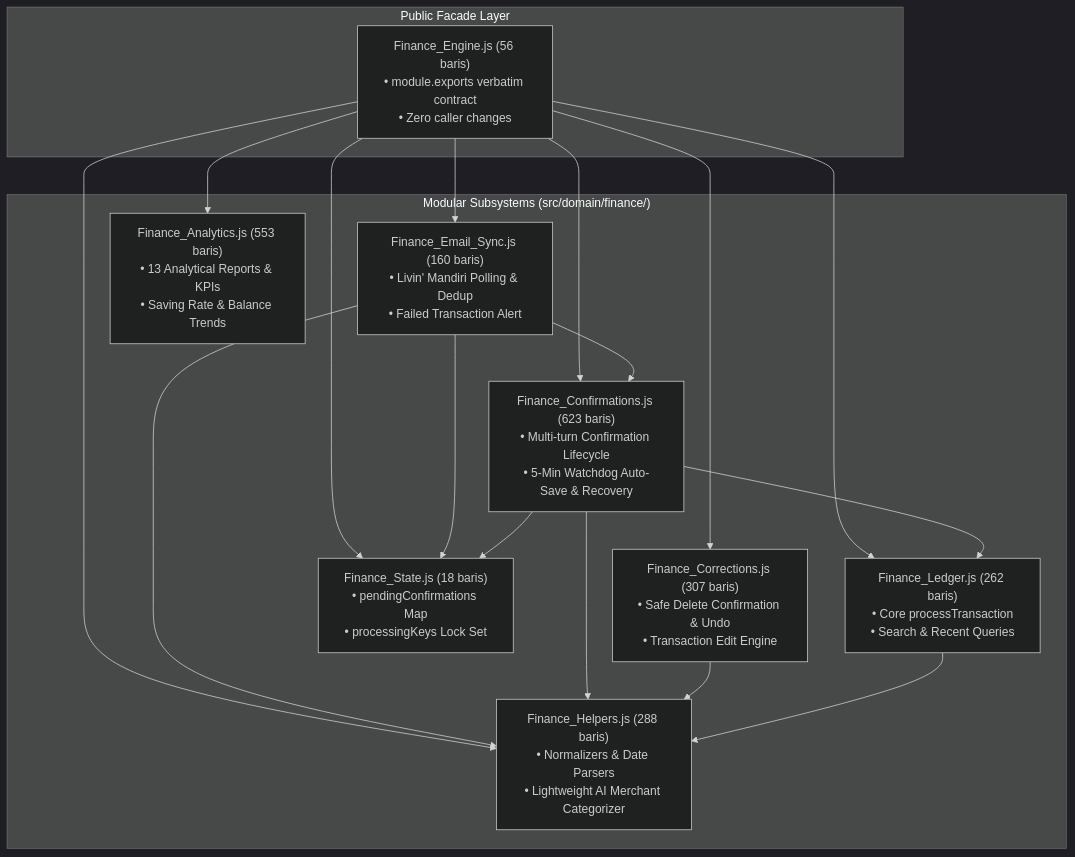
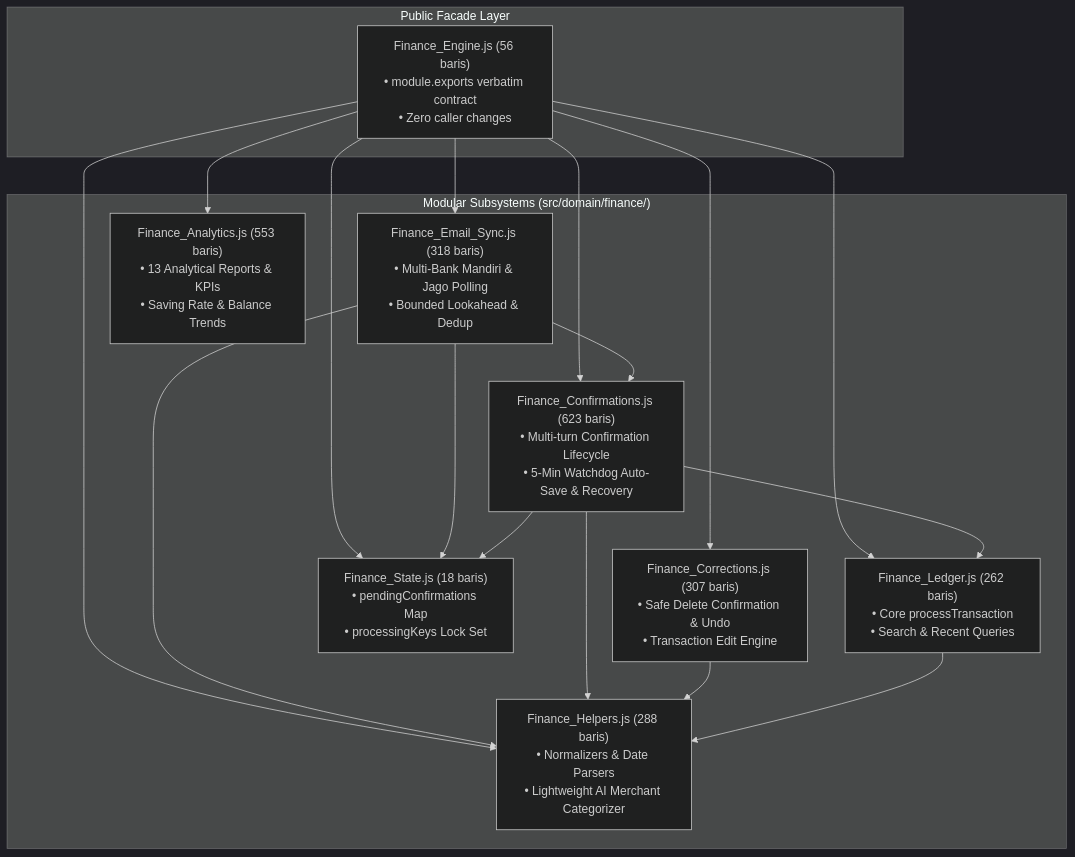
Before and after one commit to Knightrelaxed/nexa-server: the fifth of 10 diagrams in docs/NEXA_Whitepaper.md, drawn with Mermaid (dark theme). The commit also changed other lines of this file, not shown here.

Commit message:
docs(whitepaper): document Chapter 23 for Multi-Bank Auto-Sync (Mandiri & Jago) and Test Isolation Defense-in-Depth

````diff
--- a/docs/NEXA_Whitepaper.md
+++ b/docs/NEXA_Whitepaper.md
@@ -3100,36 +3100,36 @@
 ```mermaid
 flowchart TD
     subgraph Facade["Public Facade Layer"]
         FE["Finance_Engine.js (56 baris)<br>• module.exports verbatim contract<br>• Zero caller changes"]
     end
 
     subgraph Subsystems["Modular Subsystems (src/domain/finance/)"]
-        Sync["Finance_Email_Sync.js (160 baris)<br>• Livin' Mandiri Polling & Dedup<br>• Failed Transaction Alert"]
+        Sync["Finance_Email_Sync.js (318 baris)<br>• Multi-Bank Mandiri & Jago Polling<br>• Bounded Lookahead & Dedup"]
         Conf["Finance_Confirmations.js (623 baris)<br>• Multi-turn Confirmation Lifecycle<br>• 5-Min Watchdog Auto-Save & Recovery"]
         Corr["Finance_Corrections.js (307 baris)<br>• Safe Delete Confirmation & Undo<br>• Transaction Edit Engine"]
         Analytics["Finance_Analytics.js (553 baris)<br>• 13 Analytical Reports & KPIs<br>• Saving Rate & Balance Trends"]
         Ledger["Finance_Ledger.js (262 baris)<br>• Core processTransaction<br>• Search & Recent Queries"]
         Helpers["Finance_Helpers.js (288 baris)<br>• Normalizers & Date Parsers<br>• Lightweight AI Merchant Categorizer"]
         State["Finance_State.js (18 baris)<br>• pendingConfirmations Map<br>• processingKeys Lock Set"]
     end
 
     FE --> Sync
     FE --> Conf
     FE --> Corr
     FE --> Analytics
     FE --> Ledger
     FE --> Helpers
     FE --> State
 
     Sync --> Helpers
     Sync --> State
     Sync --> Conf
 
     Conf --> Helpers
     Conf --> Ledger
     Conf --> State
 
     Corr --> Helpers
 
     Ledger --> Helpers
 ```
````
